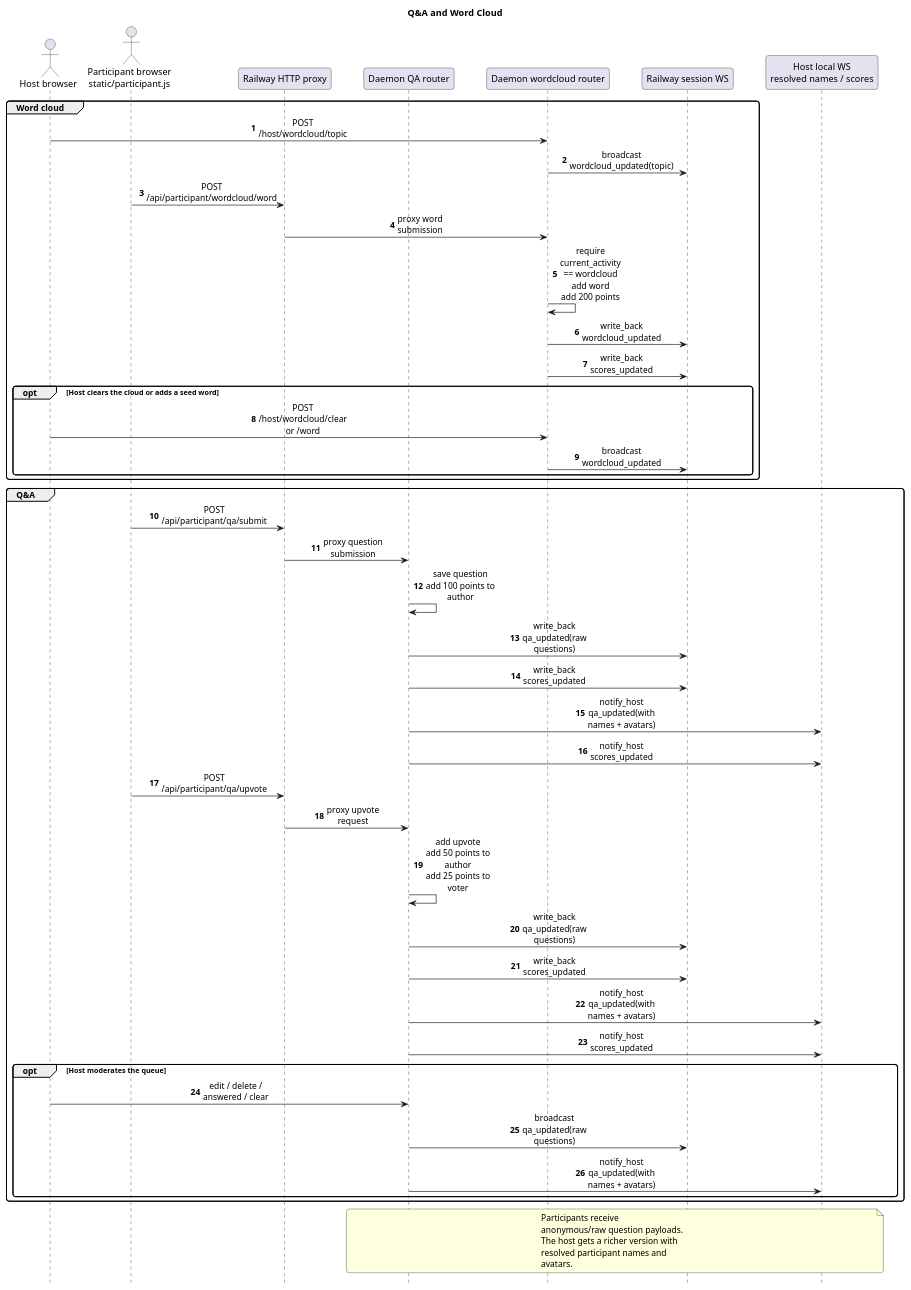
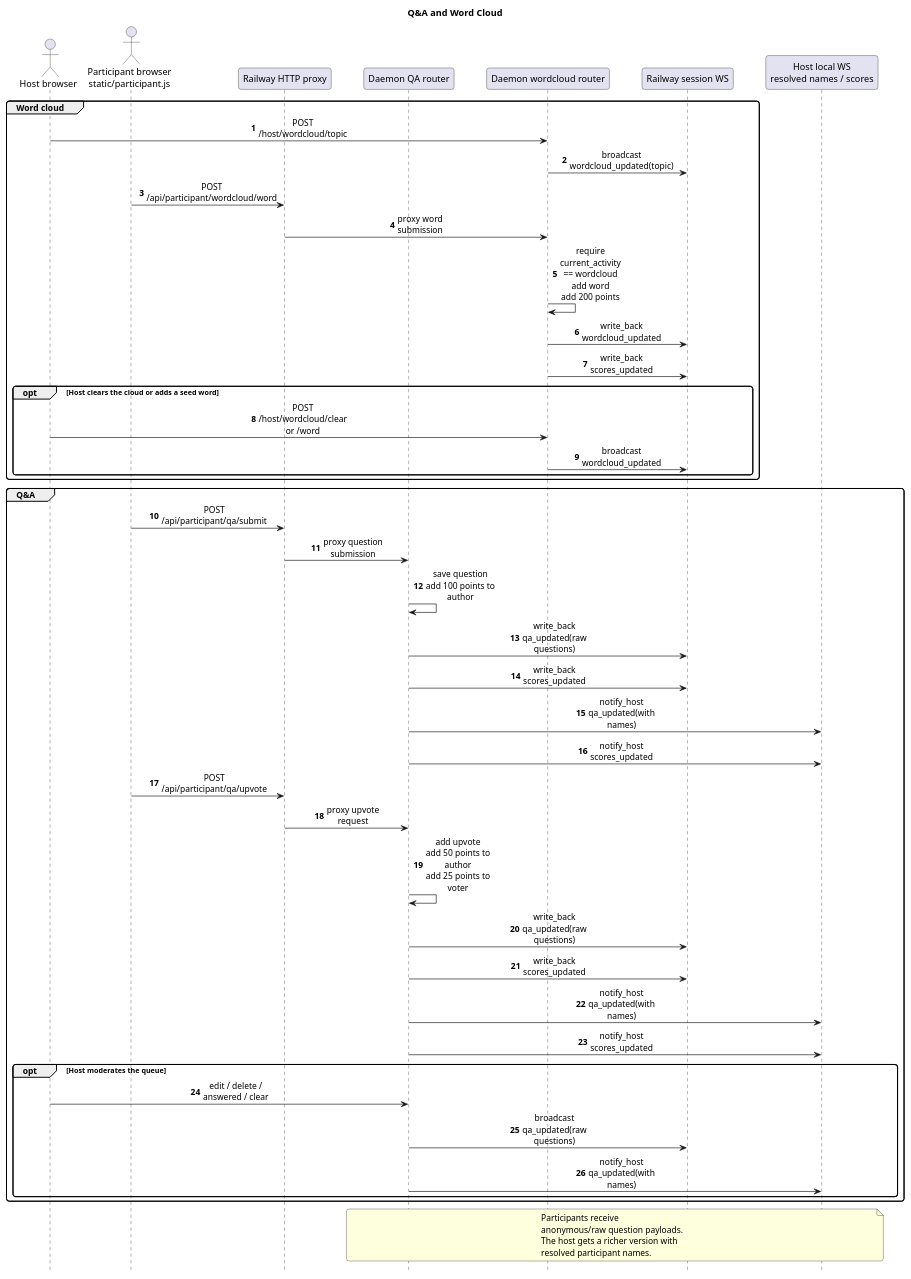
One commit to victorrentea/training-assistant changed the diagram in docs/sequences/manual/04-qa-and-wordcloud.puml. Above: the diagram before and after it, drawn with PlantUML. The commit also changed 95 other files, not shown here.

```diff
--- a/docs/sequences/manual/04-qa-and-wordcloud.puml
+++ b/docs/sequences/manual/04-qa-and-wordcloud.puml
@@ -1,66 +1,66 @@
 @startuml
 title Q&A and Word Cloud
 hide footbox
 autonumber
 
 skinparam BackgroundColor transparent
 skinparam SequenceMessageAlign center
 skinparam ParticipantPadding 20
 skinparam BoxPadding 10
 skinparam MaxMessageSize 110
 skinparam WrapWidth 220
 skinparam RoundCorner 8
 
 actor "Host browser" as Host
 actor "Participant browser\nstatic/participant.js" as Participant
 participant "Railway HTTP proxy" as RailwayHTTP
 participant "Daemon QA router" as QAAPI
 participant "Daemon wordcloud router" as WordcloudAPI
 participant "Railway session WS" as RailwayWS
 participant "Host local WS\nresolved names / scores" as HostWS
 
 group Word cloud
 Host -> WordcloudAPI: POST /host/wordcloud/topic
 WordcloudAPI -> RailwayWS: broadcast wordcloud_updated(topic)
 
 Participant -> RailwayHTTP: POST /api/participant/wordcloud/word
 RailwayHTTP -> WordcloudAPI: proxy word submission
 WordcloudAPI -> WordcloudAPI: require current_activity == wordcloud\nadd word\nadd 200 points
 WordcloudAPI -> RailwayWS: write_back wordcloud_updated
 WordcloudAPI -> RailwayWS: write_back scores_updated
 
 opt Host clears the cloud or adds a seed word
   Host -> WordcloudAPI: POST /host/wordcloud/clear or /word
   WordcloudAPI -> RailwayWS: broadcast wordcloud_updated
 end
 end
 
 group Q&A
 Participant -> RailwayHTTP: POST /api/participant/qa/submit
 RailwayHTTP -> QAAPI: proxy question submission
 QAAPI -> QAAPI: save question\nadd 100 points to author
 QAAPI -> RailwayWS: write_back qa_updated(raw questions)
 QAAPI -> RailwayWS: write_back scores_updated
-QAAPI -> HostWS: notify_host qa_updated(with names + avatars)
+QAAPI -> HostWS: notify_host qa_updated(with names)
 QAAPI -> HostWS: notify_host scores_updated
 
 Participant -> RailwayHTTP: POST /api/participant/qa/upvote
 RailwayHTTP -> QAAPI: proxy upvote request
 QAAPI -> QAAPI: add upvote\nadd 50 points to author\nadd 25 points to voter
 QAAPI -> RailwayWS: write_back qa_updated(raw questions)
 QAAPI -> RailwayWS: write_back scores_updated
-QAAPI -> HostWS: notify_host qa_updated(with names + avatars)
+QAAPI -> HostWS: notify_host qa_updated(with names)
 QAAPI -> HostWS: notify_host scores_updated
 
 opt Host moderates the queue
   Host -> QAAPI: edit / delete / answered / clear
   QAAPI -> RailwayWS: broadcast qa_updated(raw questions)
-  QAAPI -> HostWS: notify_host qa_updated(with names + avatars)
+  QAAPI -> HostWS: notify_host qa_updated(with names)
 end
 end
 
 note over QAAPI, HostWS
 Participants receive anonymous/raw question payloads.
-The host gets a richer version with resolved participant names and avatars.
+The host gets a richer version with resolved participant names.
 end note
 @enduml
```
